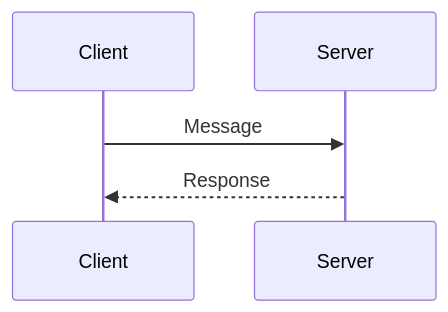
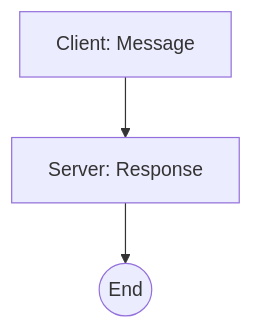
Before and after one commit to dikini/besedarium: the second of 6 diagrams in docs/ImplementationOverview.md, drawn with Mermaid. The commit also changed other lines of this file and 3 other files, not shown here.

````diff
--- a/docs/ImplementationOverview.md
+++ b/docs/ImplementationOverview.md
@@ -117,7 +117,5 @@
   ```mermaid
-  sequenceDiagram
-      participant Client
-      participant Server
-      Client->>Server: Message
-      Server-->>Client: Response
+  flowchart TB
+      Request[Client: Message] --> Response[Server: Response]
+      Response --> End((End))
   ```
````
